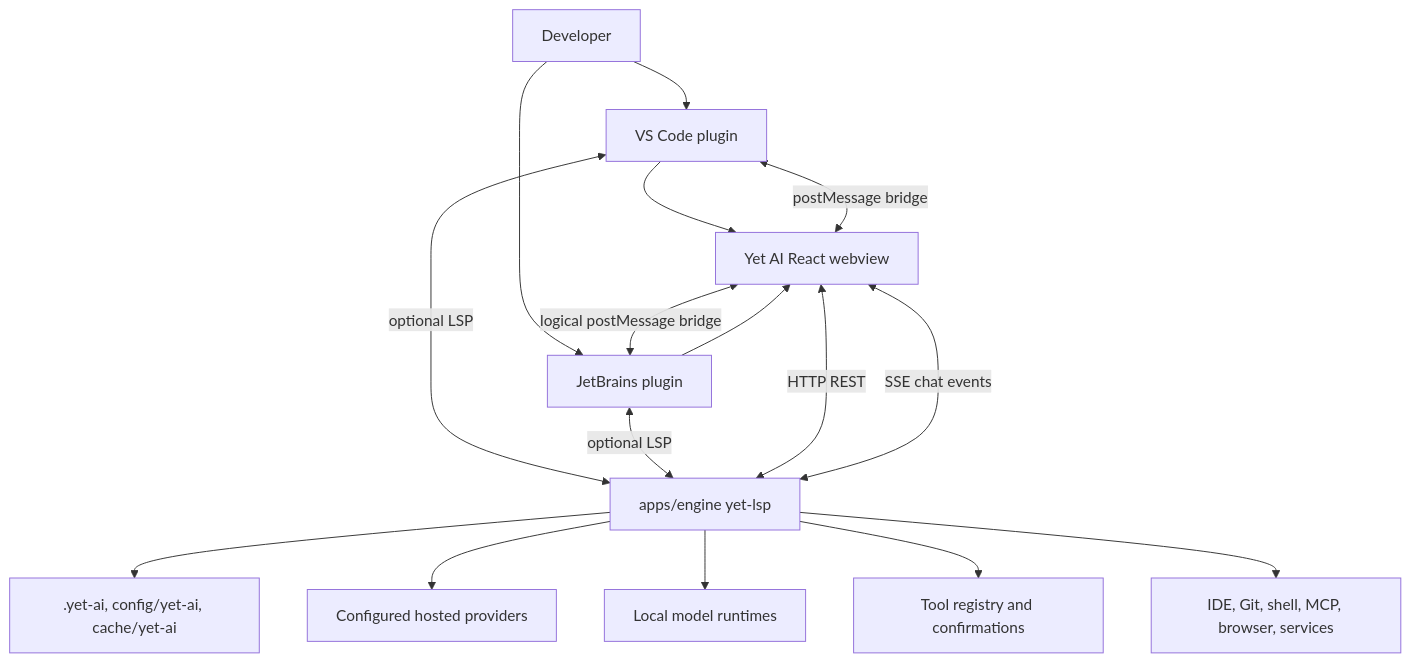
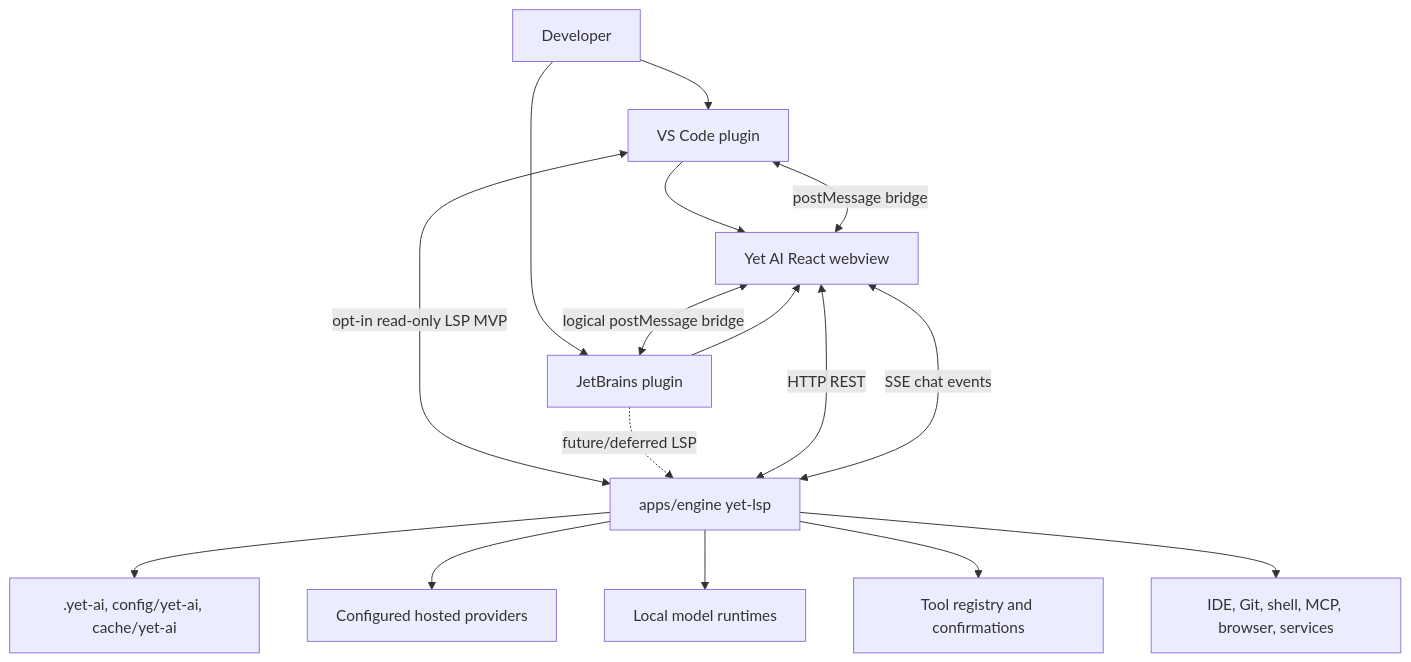
Before and after one commit to Kalvinklaine/yet-ai: the diagram in docs/architecture/003-target-architecture.md, drawn with Mermaid. The commit also changed other lines of this file and 1 other file, not shown here.

First line of the commit message:
docs: harden LSP MVP documentation

````diff
--- a/docs/architecture/003-target-architecture.md
+++ b/docs/architecture/003-target-architecture.md
@@ -509,18 +509,18 @@
 ```mermaid
 flowchart TD
     User[Developer] --> VSC[VS Code plugin]
     User --> JB[JetBrains plugin]
     VSC --> GUI[Yet AI React webview]
     JB --> GUI
-    VSC <-->|optional LSP| Engine[apps/engine yet-lsp]
-    JB <-->|optional LSP| Engine
+    VSC <-->|opt-in read-only LSP MVP| Engine[apps/engine yet-lsp]
+    JB -.->|future/deferred LSP| Engine
     GUI <-->|HTTP REST| Engine
     GUI <-->|SSE chat events| Engine
     GUI <-->|postMessage bridge| VSC
     GUI <-->|logical postMessage bridge| JB
     Engine --> Storage[.yet-ai, config/yet-ai, cache/yet-ai]
     Engine --> Providers[Configured hosted providers]
     Engine --> LocalModels[Local model runtimes]
     Engine --> Tools[Tool registry and confirmations]
     Engine --> Integrations[IDE, Git, shell, MCP, browser, services]
 ```
````
